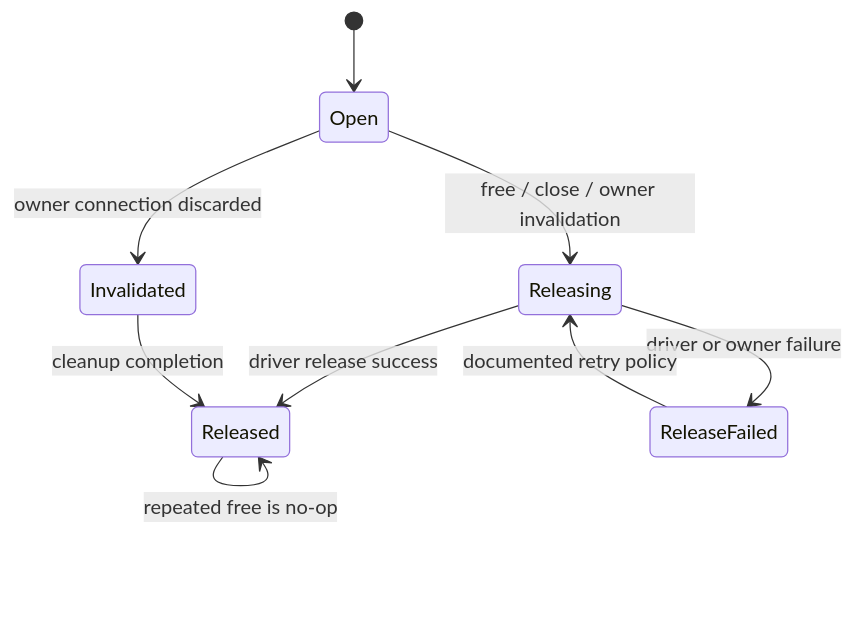
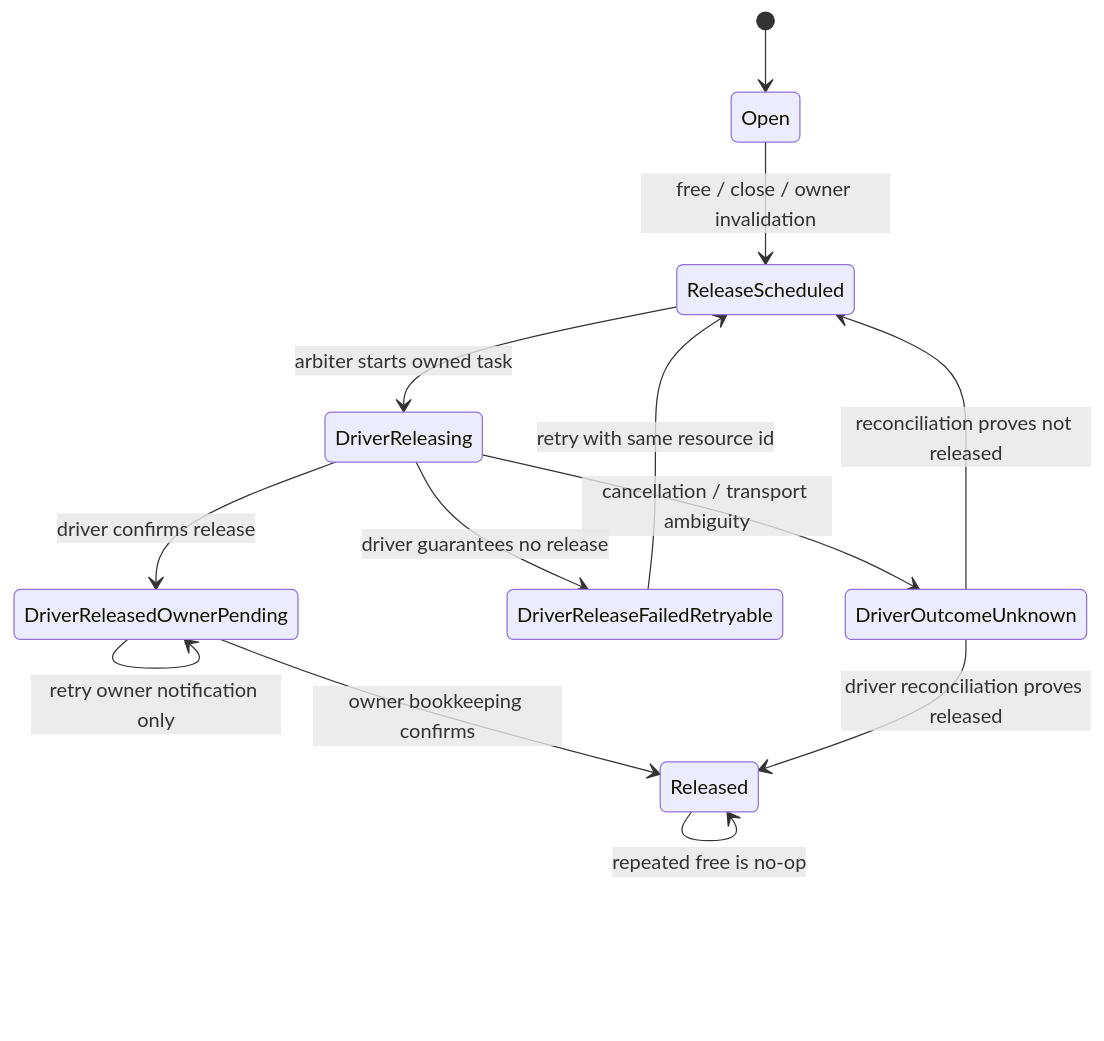
The fourth of 5 diagrams in docs/superpowers/specs/2026-08-24-jdbc42-semantic-contract-design.md (easy-4-rust/druid-rust), drawn with Mermaid before and after one commit. The commit also changed other lines of this file, not shown here.

Commit message:
docs(rdbc): close JDBC contract review gaps

````diff
--- a/docs/superpowers/specs/2026-08-24-jdbc42-semantic-contract-design.md
+++ b/docs/superpowers/specs/2026-08-24-jdbc42-semantic-contract-design.md
@@ -330,11 +386,15 @@
 ```mermaid
 stateDiagram-v2
     [*] --> Open
-    Open --> Releasing: free / close / owner invalidation
-    Releasing --> Released: driver release success
-    Releasing --> ReleaseFailed: driver or owner failure
-    ReleaseFailed --> Releasing: documented retry policy
+    Open --> ReleaseScheduled: free / close / owner invalidation
+    ReleaseScheduled --> DriverReleasing: arbiter starts owned task
+    DriverReleasing --> DriverReleasedOwnerPending: driver confirms release
+    DriverReleasing --> DriverReleaseFailedRetryable: driver guarantees no release
+    DriverReleasing --> DriverOutcomeUnknown: cancellation / transport ambiguity
+    DriverReleaseFailedRetryable --> ReleaseScheduled: retry with same resource id
+    DriverReleasedOwnerPending --> Released: owner bookkeeping confirms
+    DriverReleasedOwnerPending --> DriverReleasedOwnerPending: retry owner notification only
+    DriverOutcomeUnknown --> Released: driver reconciliation proves released
+    DriverOutcomeUnknown --> ReleaseScheduled: reconciliation proves not released
     Released --> Released: repeated free is no-op
-    Open --> Invalidated: owner connection discarded
-    Invalidated --> Released: cleanup completion
 ```
````
